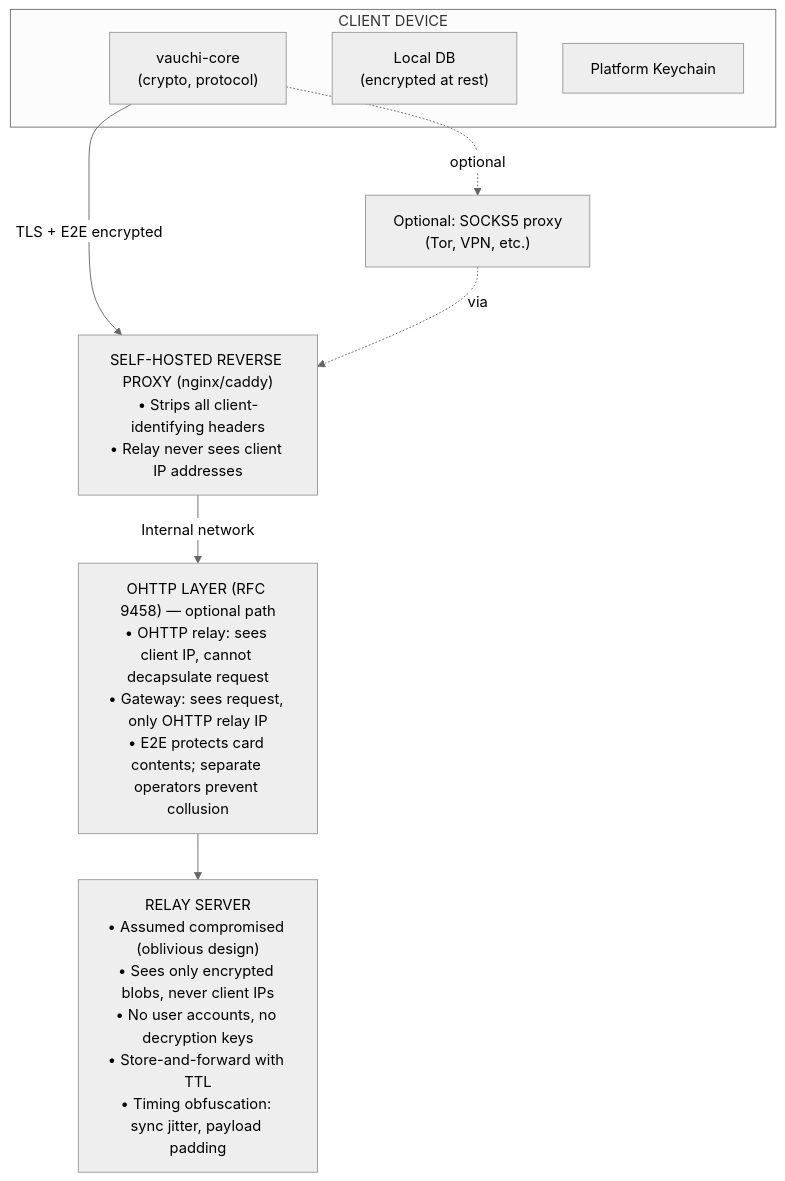
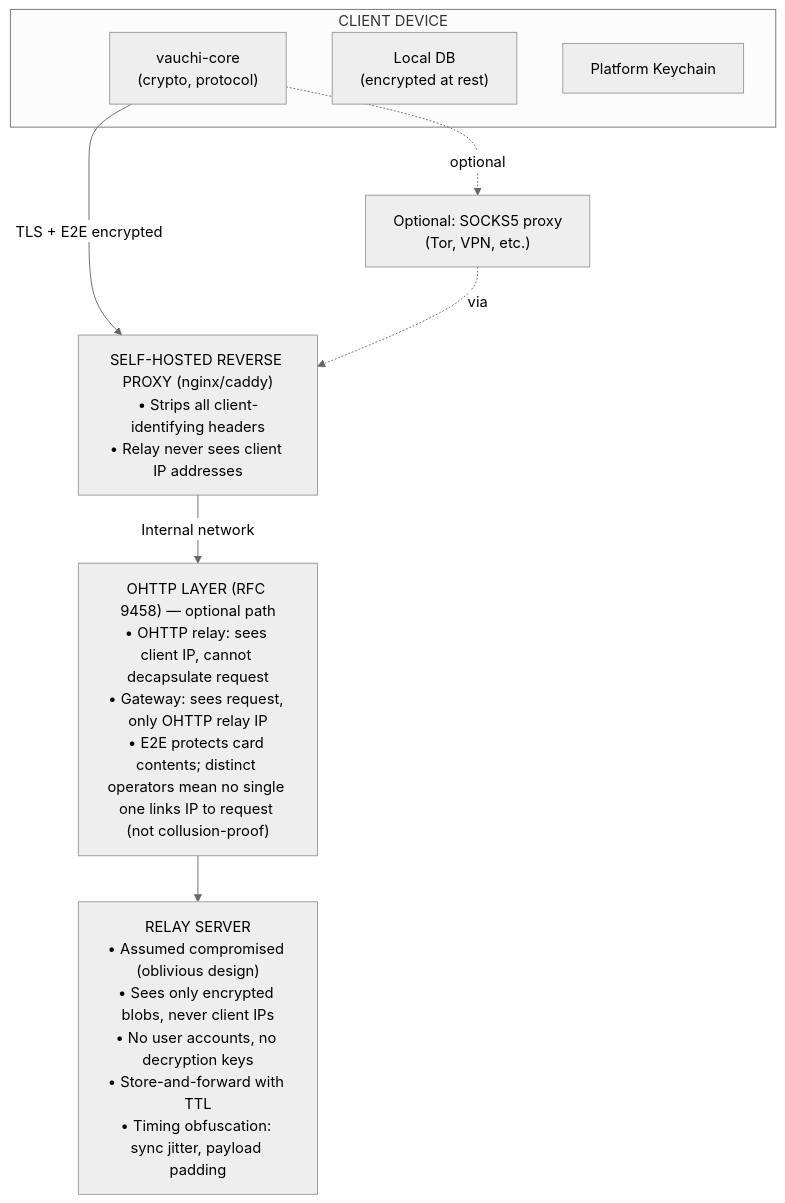
One commit to vauchi/docs changed the diagram in src/developers/threat-model.md. Above: the diagram before and after it, drawn with Mermaid (neutral theme). The commit also changed other lines of this file, not shown here.

First line of the commit message:
docs: scope OHTTP privacy claims to what it provides (no overclaim)

````diff
--- a/src/developers/threat-model.md
+++ b/src/developers/threat-model.md
@@ -28,22 +28,22 @@
 ```mermaid
 flowchart TB
     subgraph Client["CLIENT DEVICE"]
         Core["vauchi-core<br/>(crypto, protocol)"]
         DB["Local DB<br/>(encrypted at rest)"]
         KC["Platform Keychain"]
     end
 
     Socks["Optional: SOCKS5 proxy<br/>(Tor, VPN, etc.)"]
 
     Proxy["SELF-HOSTED REVERSE PROXY (nginx/caddy)<br/>• Strips all client-identifying headers<br/>• Relay never sees client IP addresses"]
 
-    OHTTP["OHTTP LAYER (RFC 9458) — optional path<br/>• OHTTP relay: sees client IP, cannot decapsulate request<br/>• Gateway: sees request, only OHTTP relay IP<br/>• E2E protects card contents; separate operators prevent collusion"]
+    OHTTP["OHTTP LAYER (RFC 9458) — optional path<br/>• OHTTP relay: sees client IP, cannot decapsulate request<br/>• Gateway: sees request, only OHTTP relay IP<br/>• E2E protects card contents; distinct operators mean no single one links IP to request (not collusion-proof)"]
 
     Relay["RELAY SERVER<br/>• Assumed compromised (oblivious design)<br/>• Sees only encrypted blobs, never client IPs<br/>• No user accounts, no decryption keys<br/>• Store-and-forward with TTL<br/>• Timing obfuscation: sync jitter, payload padding"]
 
     Core -- "TLS + E2E encrypted" --> Proxy
     Core -. "optional" .-> Socks
     Socks -. "via" .-> Proxy
     Proxy -- "Internal network" --> OHTTP
     OHTTP --> Relay
 ```
````
